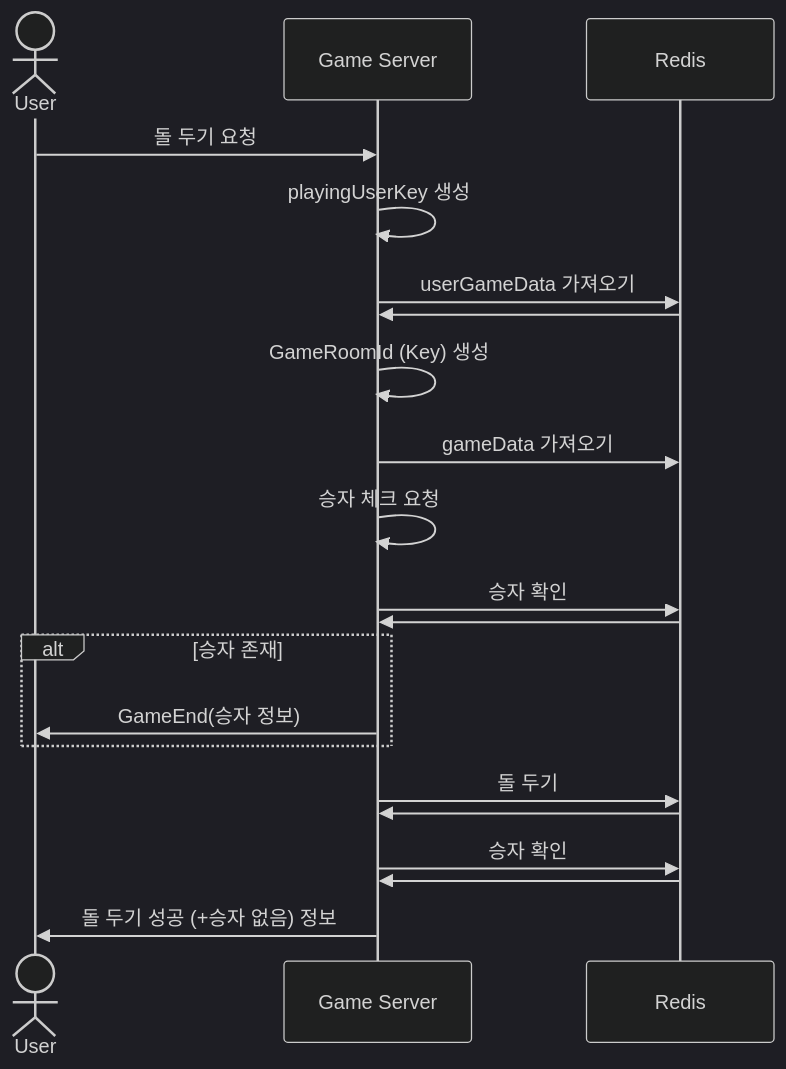
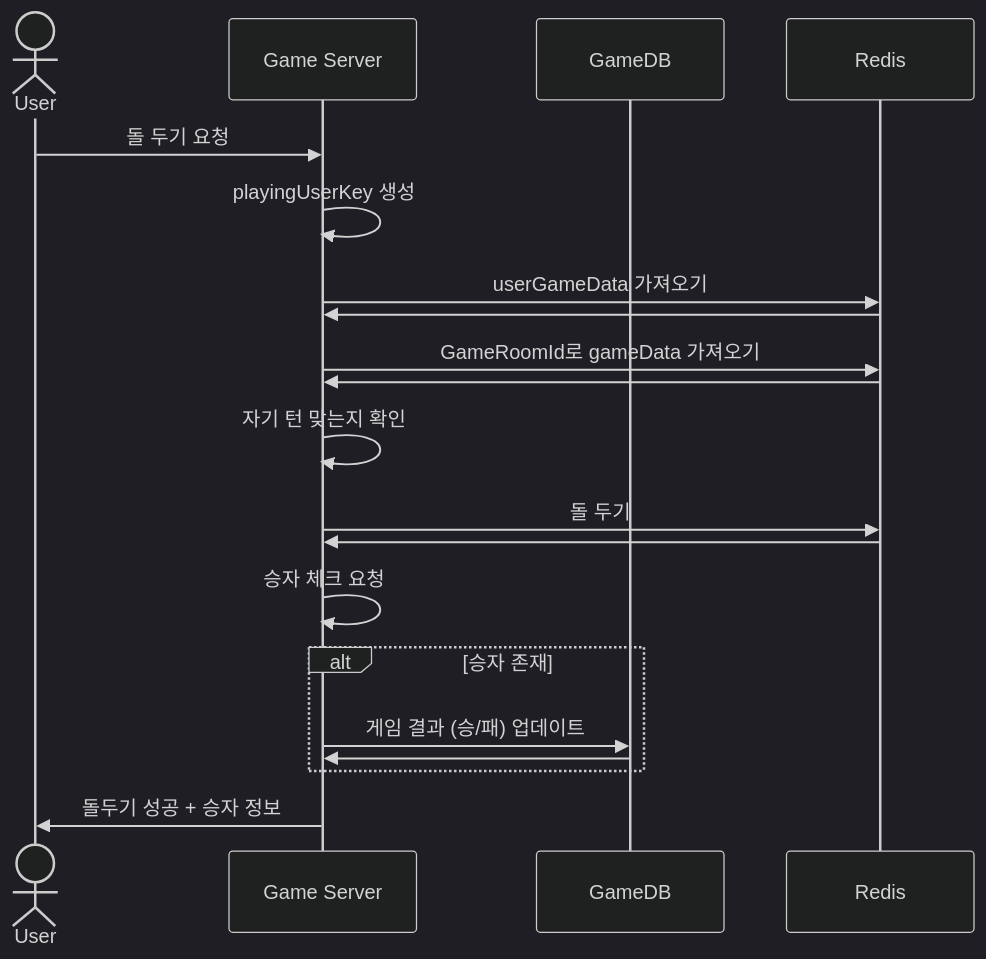
Before and after one commit to yujinS0/Omok-Game: the diagram in SequenceDiagram/PutOmok.md, drawn with Mermaid (dark theme).

````diff
--- a/SequenceDiagram/PutOmok.md
+++ b/SequenceDiagram/PutOmok.md
@@ -6,25 +6,28 @@
 ```mermaid
 sequenceDiagram
 	actor User
 	participant Game Server
-  participant Redis
+	participant GameDB
+  	participant Redis
 
 	User ->> Game Server: 돌 두기 요청
 	Game Server ->> Game Server : playingUserKey 생성
-  Game Server ->> Redis : userGameData 가져오기
+ 	Game Server ->> Redis : userGameData 가져오기
 	Redis ->> Game Server :  
-	Game Server ->> Game Server : GameRoomId (Key) 생성
-  Game Server ->> Redis : gameData 가져오기
-  Game Server ->> Game Server : 승자 체크 요청
-  Game Server ->> Redis : 승자 확인
+	  Game Server ->> Redis : GameRoomId로 gameData 가져오기
+	  Redis ->> Game Server: 
+
+	Game Server ->> Game Server : 자기 턴 맞는지 확인
+
+	Game Server ->> Redis : 돌 두기
 	Redis ->> Game Server :  
- alt 승자 존재
-  Game Server ->> User : GameEnd(승자 정보)
- end
-  Game Server ->> Redis : 돌 두기
-  Redis ->> Game Server : 
-  Game Server ->> Redis : 승자 확인
-  Redis ->> Game Server :  
-  Game Server ->> User : 돌 두기 성공 (+승자 없음) 정보
+
+	Game Server ->> Game Server : 승자 체크 요청
+	alt 승자 존재
+	  Game Server ->> GameDB : 게임 결과 (승/패) 업데이트
+	  GameDB ->> Game Server :   
+	end
+
+  	Game Server ->> User : 돌두기 성공 + 승자 정보
 
 ```
````
